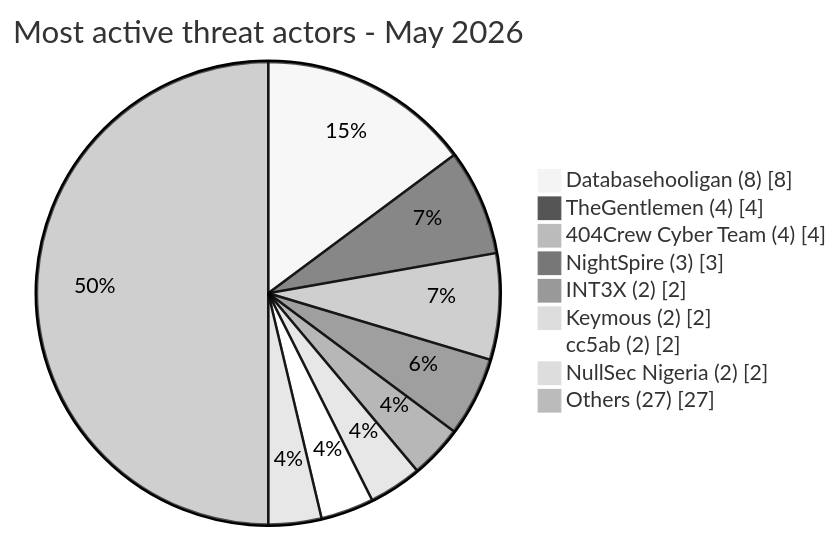
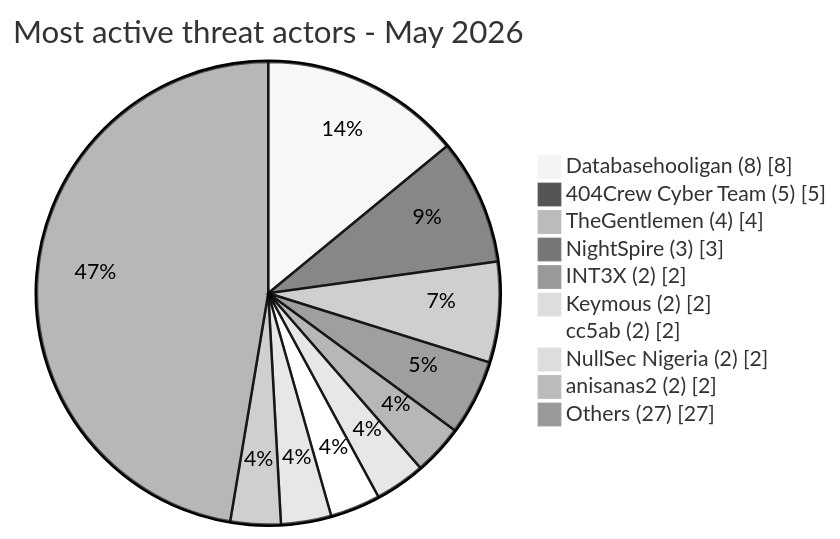
One commit to Hatchepsoute/AFRINTEL changed the first of 6 diagrams in visual-intelligence/05-may/actors_may_2026.md. Above: the diagram before and after it, drawn with Mermaid (neutral theme). The commit also changed other lines of this file and 28 other files, not shown here.

````diff
--- a/visual-intelligence/05-may/actors_may_2026.md
+++ b/visual-intelligence/05-may/actors_may_2026.md
@@ -4,13 +4,14 @@
 ```mermaid
 pie showData
     title Most active threat actors - May 2026
     "Databasehooligan (8)" : 8
+    "404Crew Cyber Team (5)" : 5
     "TheGentlemen (4)" : 4
-    "404Crew Cyber Team (4)" : 4
     "NightSpire (3)" : 3
     "INT3X (2)" : 2
     "Keymous (2)" : 2
     "cc5ab (2)" : 2
     "NullSec Nigeria (2)" : 2
+    "anisanas2 (2)" : 2
     "Others (27)" : 27
 ```
````
